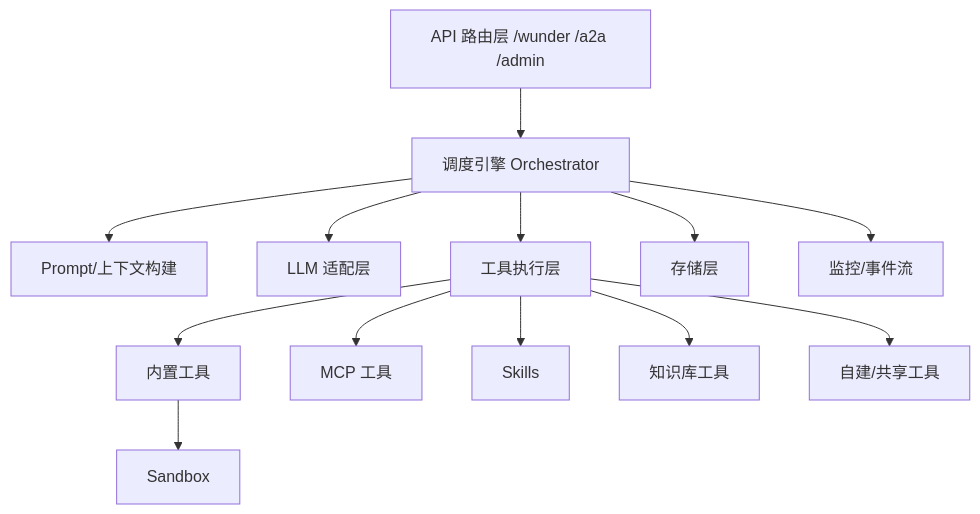
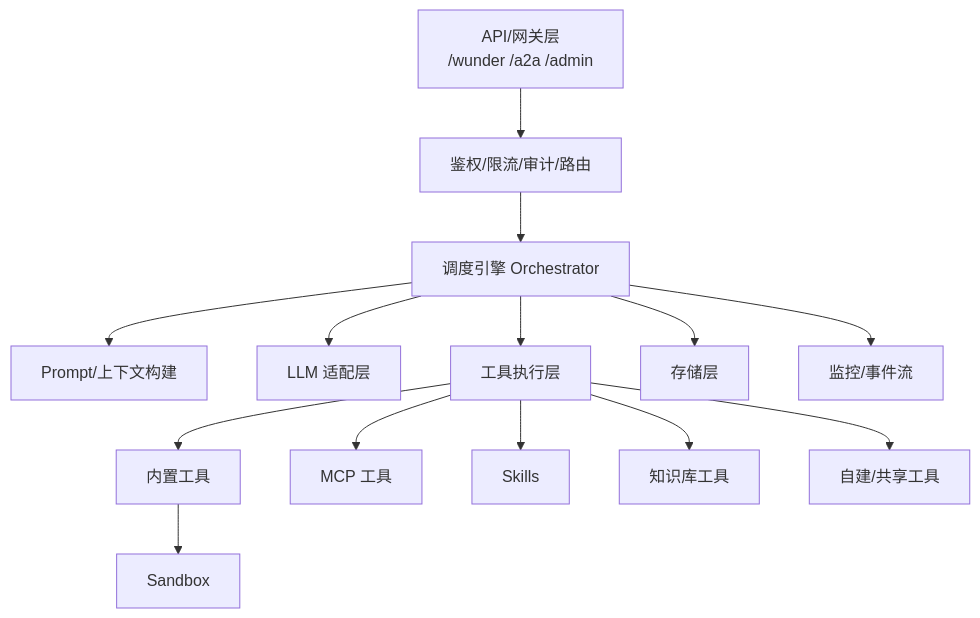
Before and after one commit to ylsdamxssjxxdd/wunder: the second of 5 diagrams in docs/架构设计.md, drawn with Mermaid. The commit also changed other lines of this file and 31 other files, not shown here.

````diff
--- a/docs/架构设计.md
+++ b/docs/架构设计.md
@@ -97,16 +105,17 @@
 ```mermaid
 flowchart TB
-  API[API 路由层 /wunder /a2a /admin] --> Orchestrator[调度引擎 Orchestrator]
+  API[API/网关层<br/>/wunder /a2a /admin] --> Policy[鉴权/限流/审计/路由]
+  Policy --> Orchestrator[调度引擎 Orchestrator]
   Orchestrator --> Prompt[Prompt/上下文构建]
   Orchestrator --> LLM[LLM 适配层]
   Orchestrator --> Tools[工具执行层]
   Orchestrator --> Storage[存储层]
   Orchestrator --> Monitor[监控/事件流]
 
   Tools --> Builtin[内置工具]
   Tools --> MCPTools[MCP 工具]
   Tools --> Skills[Skills]
   Tools --> KBTool[知识库工具]
   Tools --> UserTools[自建/共享工具]
   Builtin --> Sandbox
 ```
````
